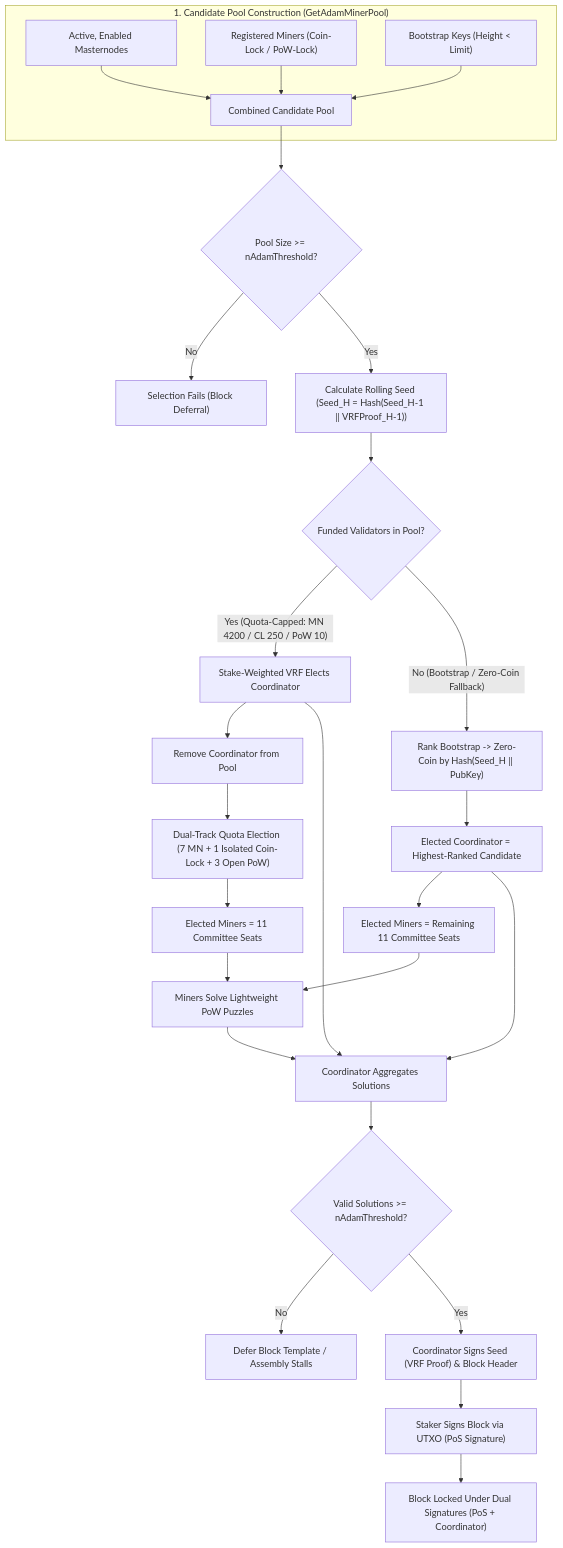
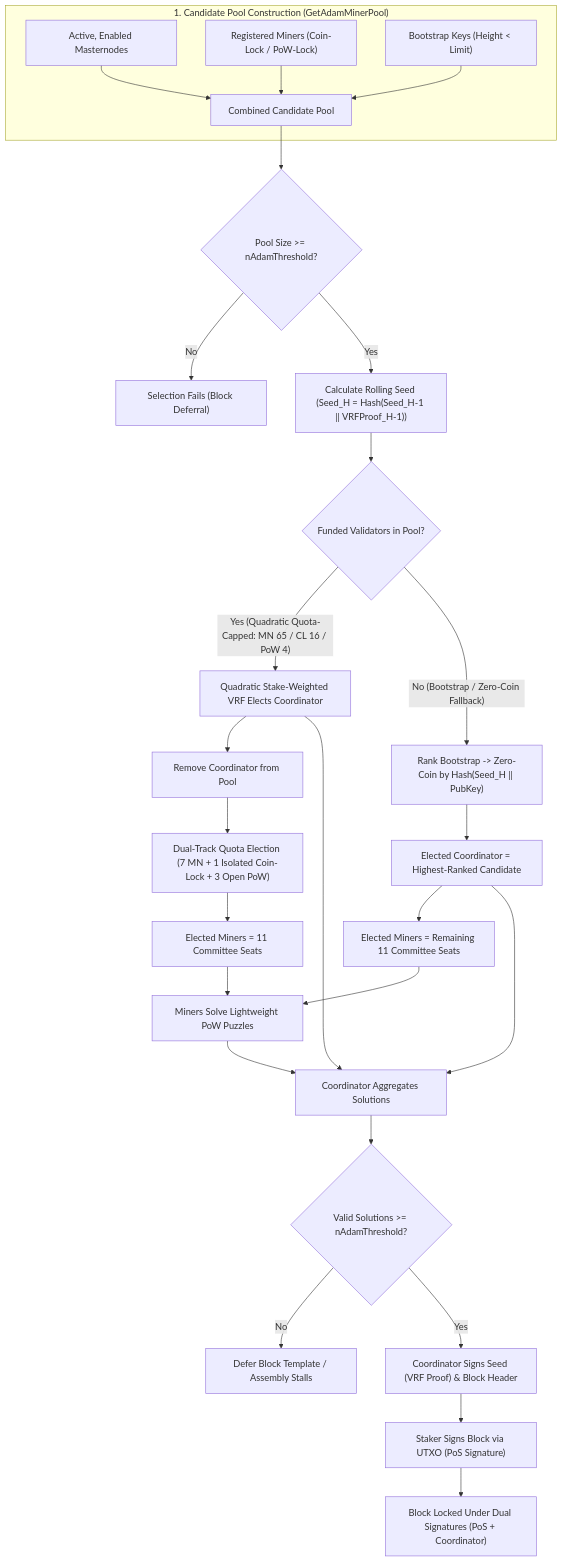
Before and after one commit to bedri/KristaTech-KRISTA: the diagram in doc/A Decentralized Approach Model (ADAM).md, drawn with Mermaid. The commit also changed other lines of this file and 25 other files, not shown here.

Commit message:
v1.5.7.0: 65:16:4 Quadratic Stake-Weighted Coordinator VRF, smart quota-aware AutoRegisterMiner & documentation sync (proto 70983)

````diff
--- a/doc/A Decentralized Approach Model (ADAM).md
+++ b/doc/A Decentralized Approach Model (ADAM).md
@@ -168,43 +168,43 @@
 ```mermaid
 graph TD
     %% Pool Construction
     subgraph Pool_Construction ["1. Candidate Pool Construction (GetAdamMinerPool)"]
         A1["Active, Enabled Masternodes"] --> A4["Combined Candidate Pool"]
         A2["Registered Miners (Coin-Lock / PoW-Lock)"] --> A4
         A3["Bootstrap Keys (Height < Limit)"] --> A4
     end
 
     %% Validation & Seed Calculation
     A4 --> B{"Pool Size >= nAdamThreshold?"}
     B -- "No" --> C["Selection Fails (Block Deferral)"]
     B -- "Yes" --> D["Calculate Rolling Seed (Seed_H = Hash(Seed_H-1 || VRFProof_H-1))"]
 
     %% Election Rules
     D --> E{"Funded Validators in Pool?"}
     
-    %% Funded Stake-Weighted VRF
-    E -- "Yes (Quota-Capped: MN 4200 / CL 250 / PoW 10)" --> F1["Stake-Weighted VRF Elects Coordinator"]
+    %% Funded Quadratic Stake-Weighted VRF
+    E -- "Yes (Quadratic Quota-Capped: MN 65 / CL 16 / PoW 4)" --> F1["Quadratic Stake-Weighted VRF Elects Coordinator"]
     F1 --> F3["Remove Coordinator from Pool"]
     F3 --> F4["Dual-Track Quota Election (7 MN + 1 Isolated Coin-Lock + 3 Open PoW)"]
     F4 --> F5["Elected Miners = 11 Committee Seats"]
     
     %% Bootstrap / Zero-Coin Fallback
     E -- "No (Bootstrap / Zero-Coin Fallback)" --> G1["Rank Bootstrap -> Zero-Coin by Hash(Seed_H || PubKey)"]
     G1 --> G3["Elected Coordinator = Highest-Ranked Candidate"]
     G3 --> G2["Elected Miners = Remaining 11 Committee Seats"]
 
     %% Execution Phase
     F5 --> H["Miners Solve Lightweight PoW Puzzles"]
     G2 --> H
     
     H --> I["Coordinator Aggregates Solutions"]
     F1 --> I
     G3 --> I
     
     I --> J{"Valid Solutions >= nAdamThreshold?"}
     J -- "No" --> K["Defer Block Template / Assembly Stalls"]
     
     J -- "Yes" --> L["Coordinator Signs Seed (VRF Proof) & Block Header"]
     L --> M["Staker Signs Block via UTXO (PoS Signature)"]
     M --> N["Block Locked Under Dual Signatures (PoS + Coordinator)"]
 ```
````
